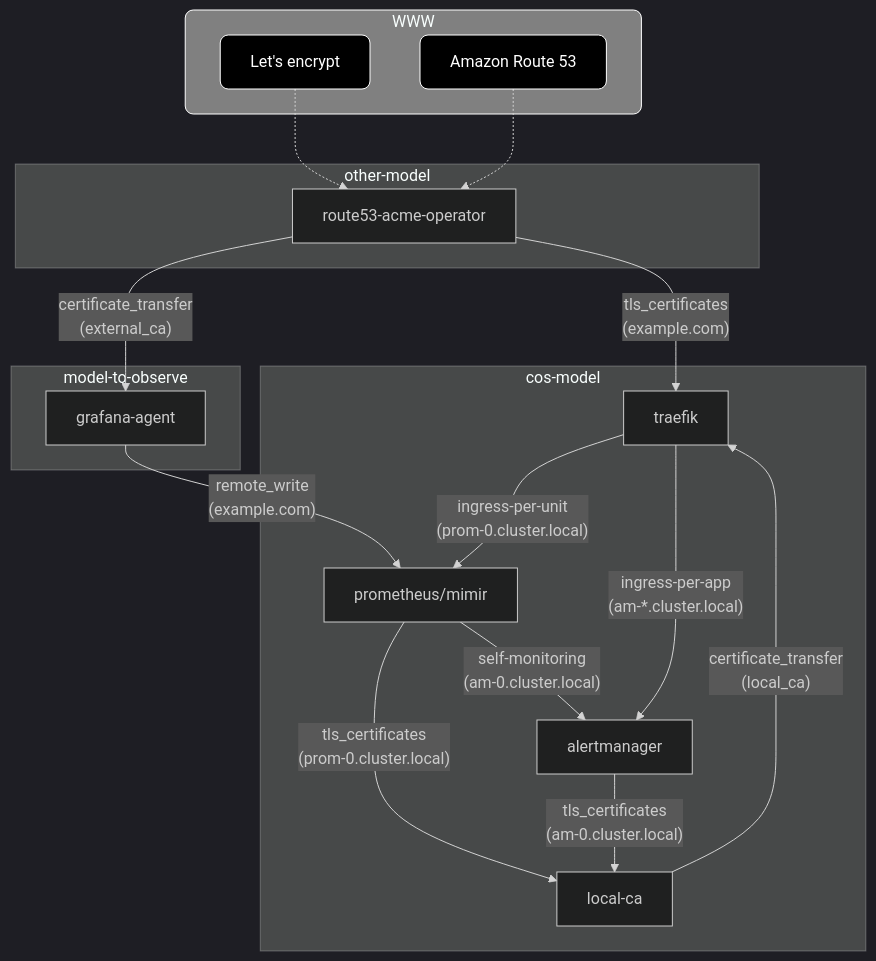
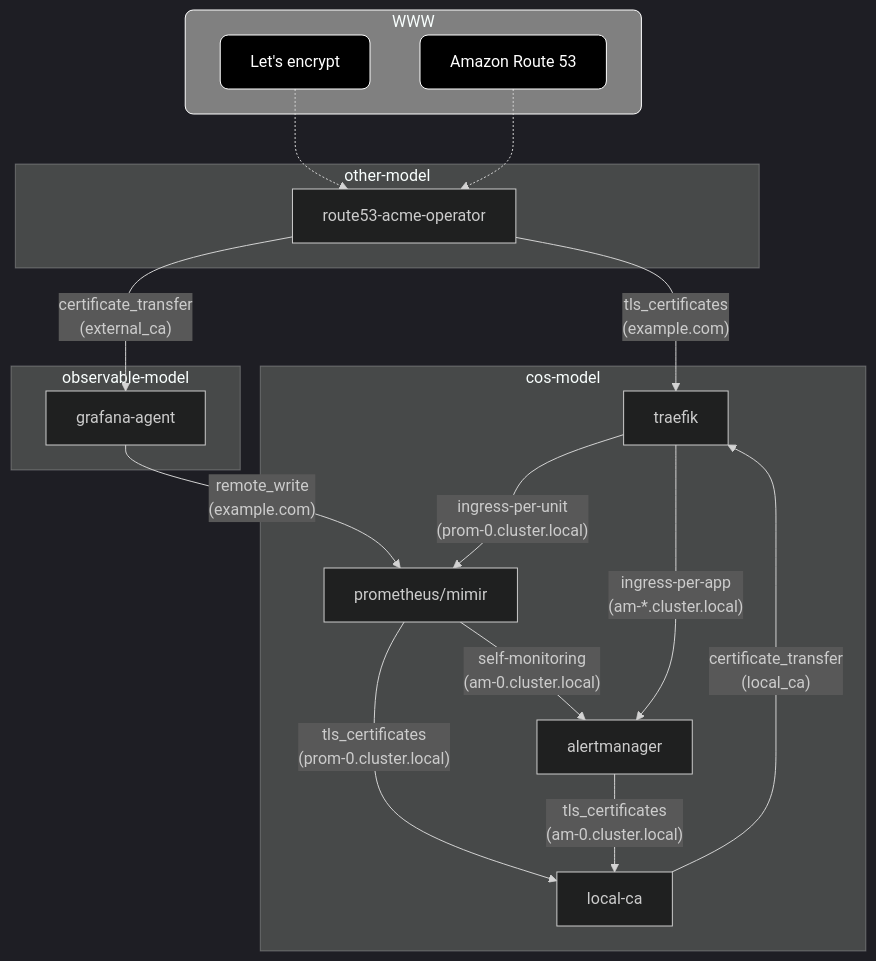
Before and after one commit to canonical/observability-stack: the diagram in docs/how-to/configure-tls-encryption.md, drawn with Mermaid. The commit also changed 2 other files, not shown here.

Commit message:
chore: Docs cleanup

````diff
--- a/docs/how-to/configure-tls-encryption.md
+++ b/docs/how-to/configure-tls-encryption.md
@@ -18,42 +18,42 @@
 ```{mermaid}
 %%{init: { "theme": "dark" } }%%
 flowchart TB
   subgraph COS [cos-model]
     traefik[traefik]
     prometheus[prometheus/mimir]
     alertmanager[alertmanager]
     localca[local-ca]
   end
 
   subgraph OtherModel [other-model]
     route53[route53-acme-operator]
   end
 
-  subgraph ObserveModel [model-to-observe]
+  subgraph ObserveModel [observable-model]
     grafana[grafana-agent]
   end
 
   subgraph WWW [WWW]
     le[Let's encrypt]
     route53dns[Amazon Route 53]
   end
 
   grafana -->|"remote_write<br>(example.com)"| prometheus
   prometheus -->|"self-monitoring<br>(am-0.cluster.local)"| alertmanager
   route53 -->|"tls_certificates<br>(example.com)"| traefik
   traefik -->|"ingress-per-unit<br>(prom-0.cluster.local)"| prometheus
   traefik -->|"ingress-per-app<br>(am-*.cluster.local)"| alertmanager
 
   prometheus -->|"tls_certificates<br>(prom-0.cluster.local)"| localca
   alertmanager -->|"tls_certificates<br>(am-0.cluster.local)"| localca
   localca -->|"certificate_transfer<br>(local_ca)"| traefik
 
   route53 -->|"certificate_transfer<br>(external_ca)"| grafana
 
   le -.-> route53
   route53dns -.-> route53
 
   classDef ExternalNode fill:black,stroke:white,stroke-width:1px,color:white,rx:8px,ry:8px
   class le,route53dns ExternalNode
   style WWW fill:grey,stroke:white,stroke-width:1px,rx:8px,ry:8px
 ```
````
